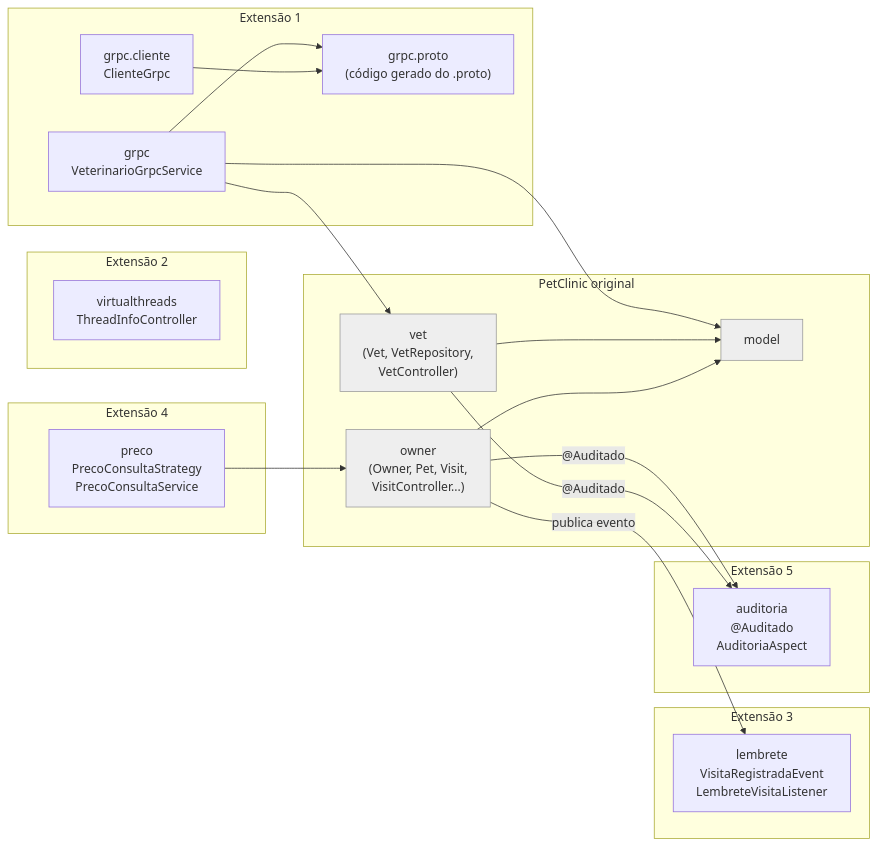
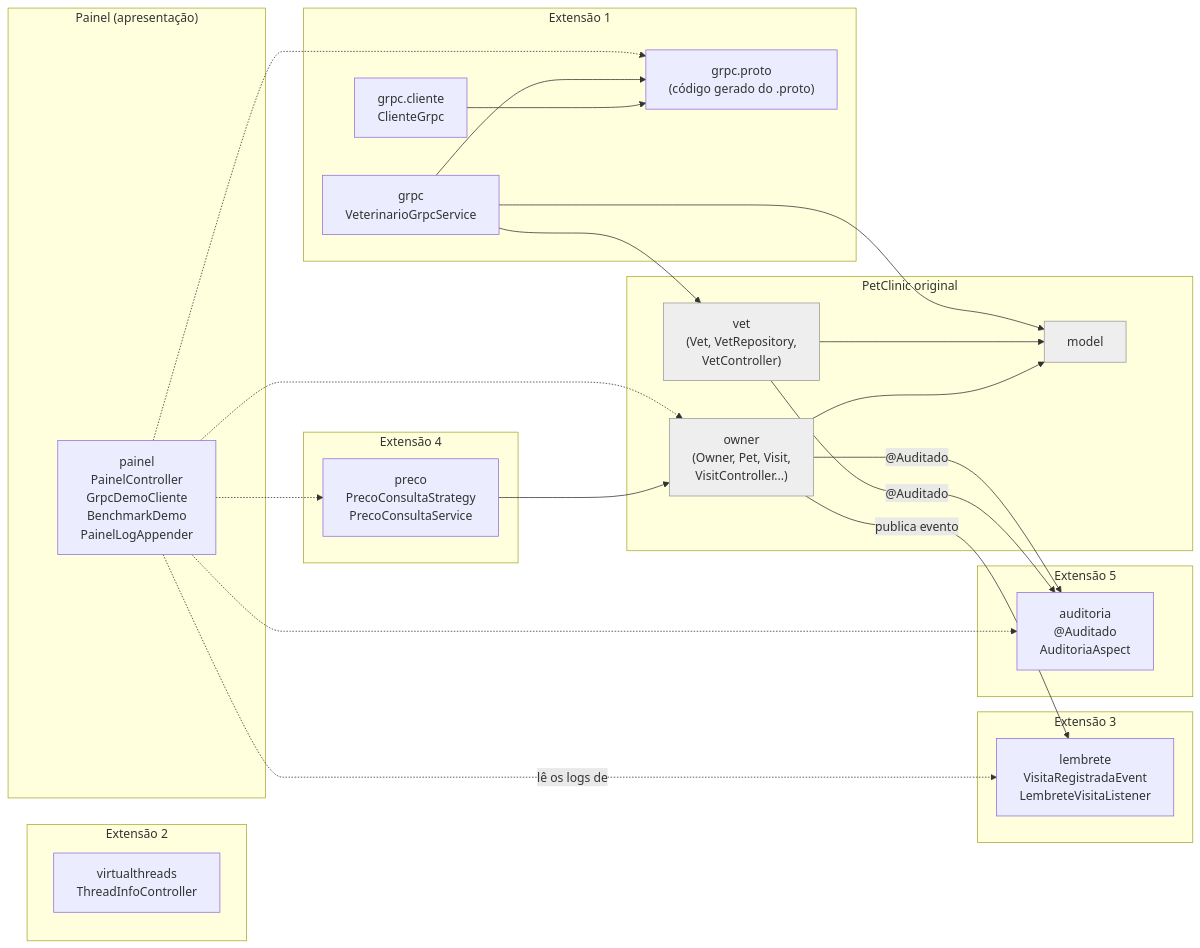
The first of 8 diagrams in ESTUDO-DE-CASO.md (GabrielKayran/spring-petclinic), drawn with Mermaid before and after one commit. The commit also changed other lines of this file, not shown here.

Commit message:
Documentação: banco Neon, painel, deploy no Render e roteiro de demo atualizado

````diff
--- a/ESTUDO-DE-CASO.md
+++ b/ESTUDO-DE-CASO.md
@@ -38,40 +72,48 @@
 ```mermaid
 flowchart LR
     subgraph original["PetClinic original"]
         owner["owner<br/>(Owner, Pet, Visit,<br/>VisitController...)"]
         vet["vet<br/>(Vet, VetRepository,<br/>VetController)"]
         model["model"]
     end
 
     subgraph ext1["Extensão 1"]
         grpc["grpc<br/>VeterinarioGrpcService"]
         grpcproto["grpc.proto<br/>(código gerado do .proto)"]
         grpccli["grpc.cliente<br/>ClienteGrpc"]
     end
     subgraph ext2["Extensão 2"]
         vt["virtualthreads<br/>ThreadInfoController"]
     end
     subgraph ext3["Extensão 3"]
         lembrete["lembrete<br/>VisitaRegistradaEvent<br/>LembreteVisitaListener"]
     end
     subgraph ext4["Extensão 4"]
         preco["preco<br/>PrecoConsultaStrategy<br/>PrecoConsultaService"]
     end
     subgraph ext5["Extensão 5"]
         auditoria["auditoria<br/>@Auditado<br/>AuditoriaAspect"]
     end
+    subgraph vitrine["Painel (apresentação)"]
+        painel["painel<br/>PainelController<br/>GrpcDemoCliente<br/>BenchmarkDemo<br/>PainelLogAppender"]
+    end
 
+    painel -.-> grpcproto
+    painel -.-> preco
+    painel -.-> auditoria
+    painel -.-> owner
+    painel -. "lê os logs de" .-> lembrete
     grpc --> grpcproto
     grpc --> vet
     grpc --> model
     grpccli --> grpcproto
     owner -- "publica evento" --> lembrete
     preco --> owner
     owner -- "@Auditado" --> auditoria
     vet -- "@Auditado" --> auditoria
     vet --> model
     owner --> model
 
     classDef orig fill:#eee,stroke:#999,color:#333;
     class owner,vet,model orig;
 ```
````
